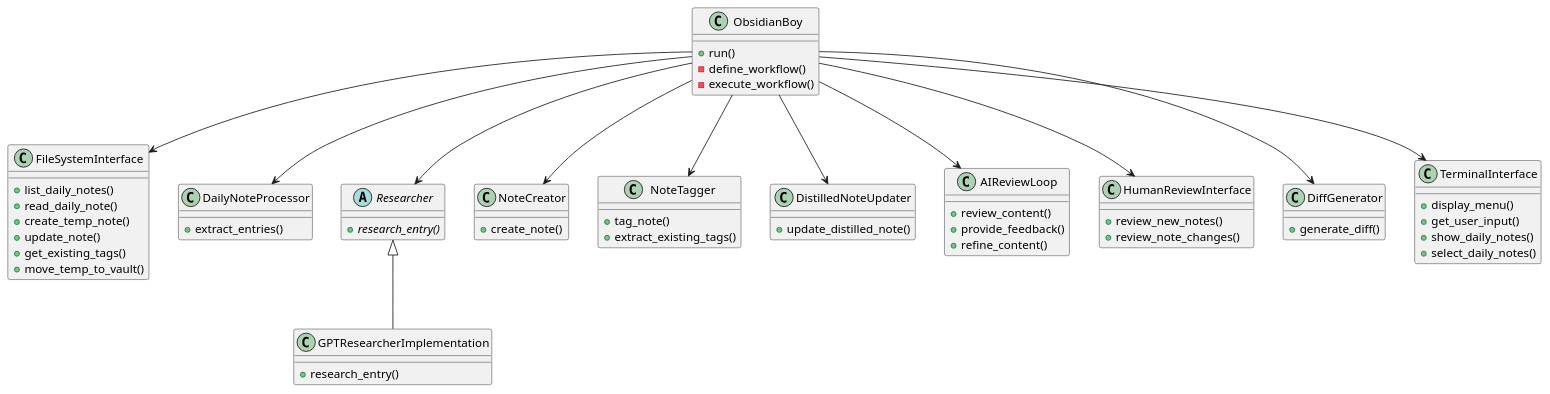
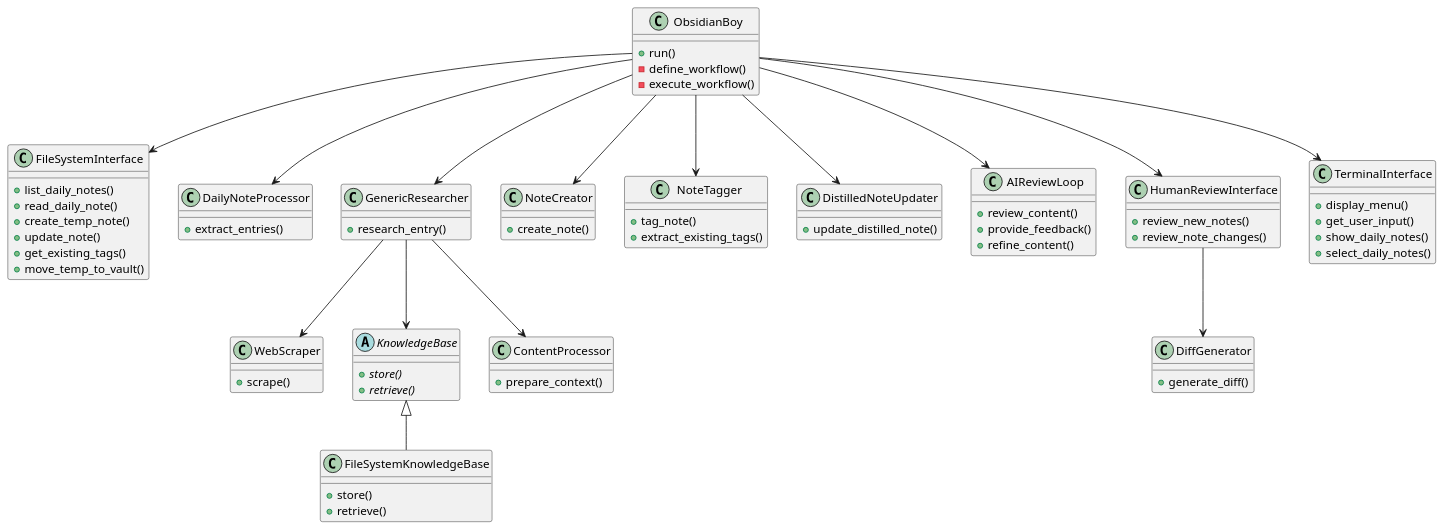
The diagram in docs/project.md (olafgeibig/obsidian-boy), drawn with PlantUML before and after one commit. The commit also changed other lines of this file and 3 other files, not shown here.

Commit message:
Refactor ObsidianBoy architecture and project plan to update research methods, add classes, and implement knowledge storage.

````diff
--- a/docs/project.md
+++ b/docs/project.md
@@ -27,66 +27,80 @@
 ```plantuml
 @startuml
 class ObsidianBoy {
   +run()
   -define_workflow()
   -execute_workflow()
 }
 class FileSystemInterface {
   +list_daily_notes()
   +read_daily_note()
   +create_temp_note()
   +update_note()
   +get_existing_tags()
   +move_temp_to_vault()
 }
 class DailyNoteProcessor {
   +extract_entries()
 }
-abstract class Researcher {
-  {abstract} +research_entry()
+class GenericResearcher {
+  +research_entry()
 }
-class GPTResearcherImplementation {
-  +research_entry()
+class WebScraper {
+  +scrape()
+}
+abstract class KnowledgeBase {
+  {abstract} +store()
+  {abstract} +retrieve()
+}
+class FileSystemKnowledgeBase {
+  +store()
+  +retrieve()
+}
+class ContentProcessor {
+  +prepare_context()
 }
 class NoteCreator {
   +create_note()
 }
 class NoteTagger {
   +tag_note()
   +extract_existing_tags()
 }
 class DistilledNoteUpdater {
   +update_distilled_note()
 }
 class AIReviewLoop {
   +review_content()
   +provide_feedback()
   +refine_content()
 }
 class HumanReviewInterface {
   +review_new_notes()
   +review_note_changes()
 }
 class DiffGenerator {
   +generate_diff()
 }
 class TerminalInterface {
   +display_menu()
   +get_user_input()
   +show_daily_notes()
   +select_daily_notes()
 }
 
 ObsidianBoy --> FileSystemInterface
 ObsidianBoy --> DailyNoteProcessor
-ObsidianBoy --> Researcher
-Researcher <|-- GPTResearcherImplementation
+ObsidianBoy --> GenericResearcher
+GenericResearcher --> WebScraper
+GenericResearcher --> KnowledgeBase
+KnowledgeBase <|-- FileSystemKnowledgeBase
+GenericResearcher --> ContentProcessor
 ObsidianBoy --> NoteCreator
 ObsidianBoy --> NoteTagger
 ObsidianBoy --> DistilledNoteUpdater
 ObsidianBoy --> AIReviewLoop
 ObsidianBoy --> HumanReviewInterface
 ObsidianBoy --> TerminalInterface
-ObsidianBoy --> DiffGenerator
+HumanReviewInterface --> DiffGenerator
 @enduml
 ```
````
